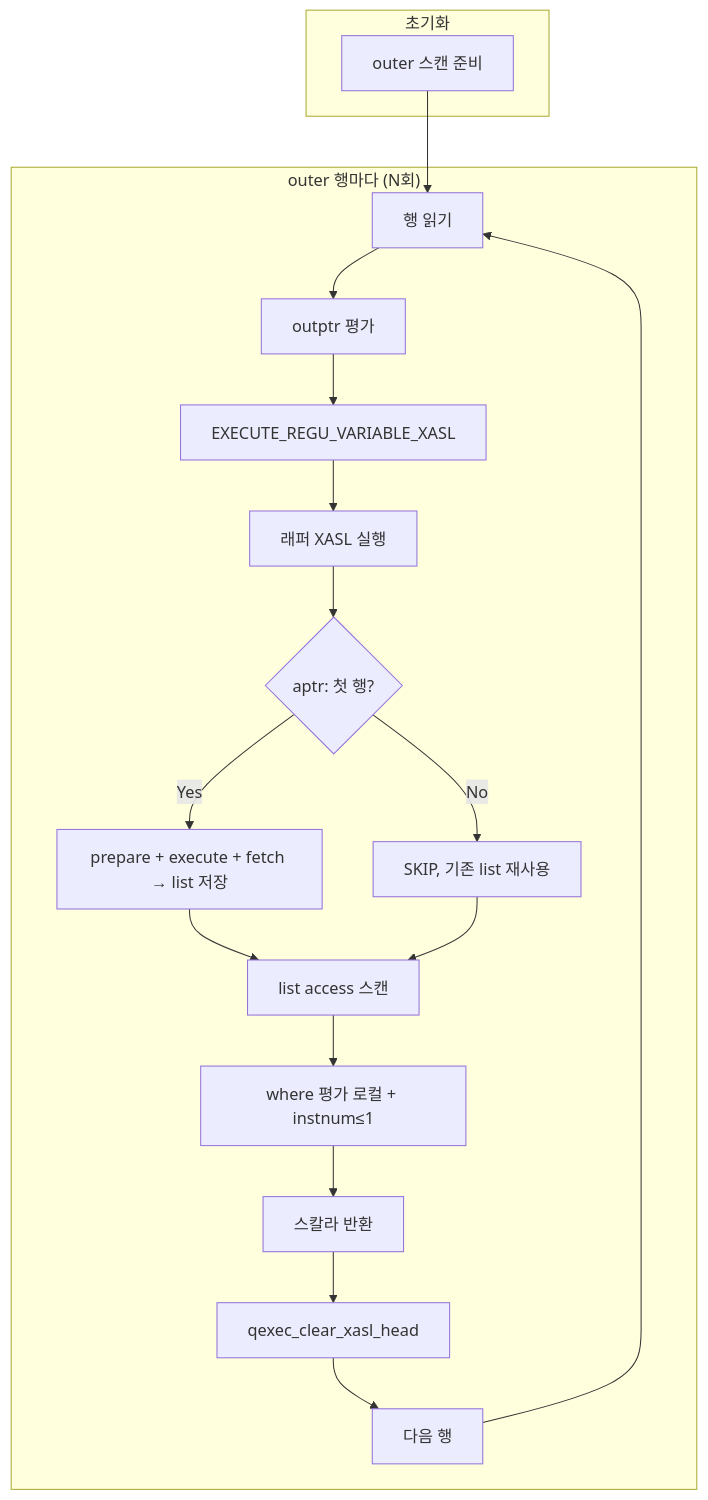
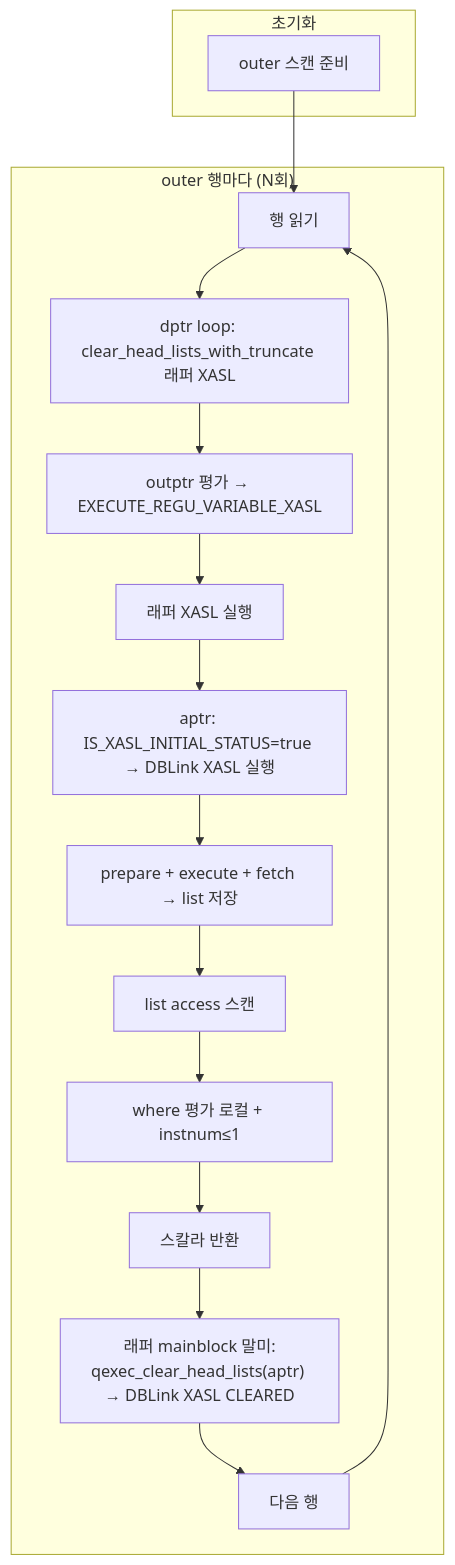
Before and after one commit to kwangsoochae/cubrid: the first of 2 diagrams in CBRD-26601_dblink_correlated/docs/dblink_correlated_source_analysis.md, drawn with Mermaid. The commit also changed other lines of this file and 7 other files, not shown here.

````diff
--- a/CBRD-26601_dblink_correlated/docs/dblink_correlated_source_analysis.md
+++ b/CBRD-26601_dblink_correlated/docs/dblink_correlated_source_analysis.md
@@ -406,22 +408,20 @@
 ```mermaid
 flowchart TB
   subgraph init["초기화"]
     I1[outer 스캔 준비]
   end
   subgraph loop["outer 행마다 (N회)"]
-    L1[행 읽기] --> L2[outptr 평가]
-    L2 --> L3[EXECUTE_REGU_VARIABLE_XASL]
+    L1[행 읽기] --> L2[dptr loop: clear_head_lists_with_truncate 래퍼 XASL]
+    L2 --> L3[outptr 평가 → EXECUTE_REGU_VARIABLE_XASL]
     L3 --> L4[래퍼 XASL 실행]
-    L4 --> L5A{aptr: 첫 행?}
-    L5A -->|Yes| L5B[prepare + execute + fetch → list 저장]
-    L5A -->|No| L5C[SKIP, 기존 list 재사용]
-    L5B --> L9[list access 스캔]
-    L5C --> L9
-    L9 --> L10[where 평가 로컬 + instnum≤1]
-    L10 --> L11[스칼라 반환]
-    L11 --> L12[qexec_clear_xasl_head]
-    L12 --> L13[다음 행]
-    L13 --> L1
+    L4 --> L5[aptr: IS_XASL_INITIAL_STATUS=true → DBLink XASL 실행]
+    L5 --> L6[prepare + execute + fetch → list 저장]
+    L6 --> L7[list access 스캔]
+    L7 --> L8[where 평가 로컬 + instnum≤1]
+    L8 --> L9[스칼라 반환]
+    L9 --> L10["래퍼 mainblock 말미:\nqexec_clear_head_lists(aptr) → DBLink XASL CLEARED"]
+    L10 --> L11[다음 행]
+    L11 --> L1
   end
   I1 --> L1
 ```
````
